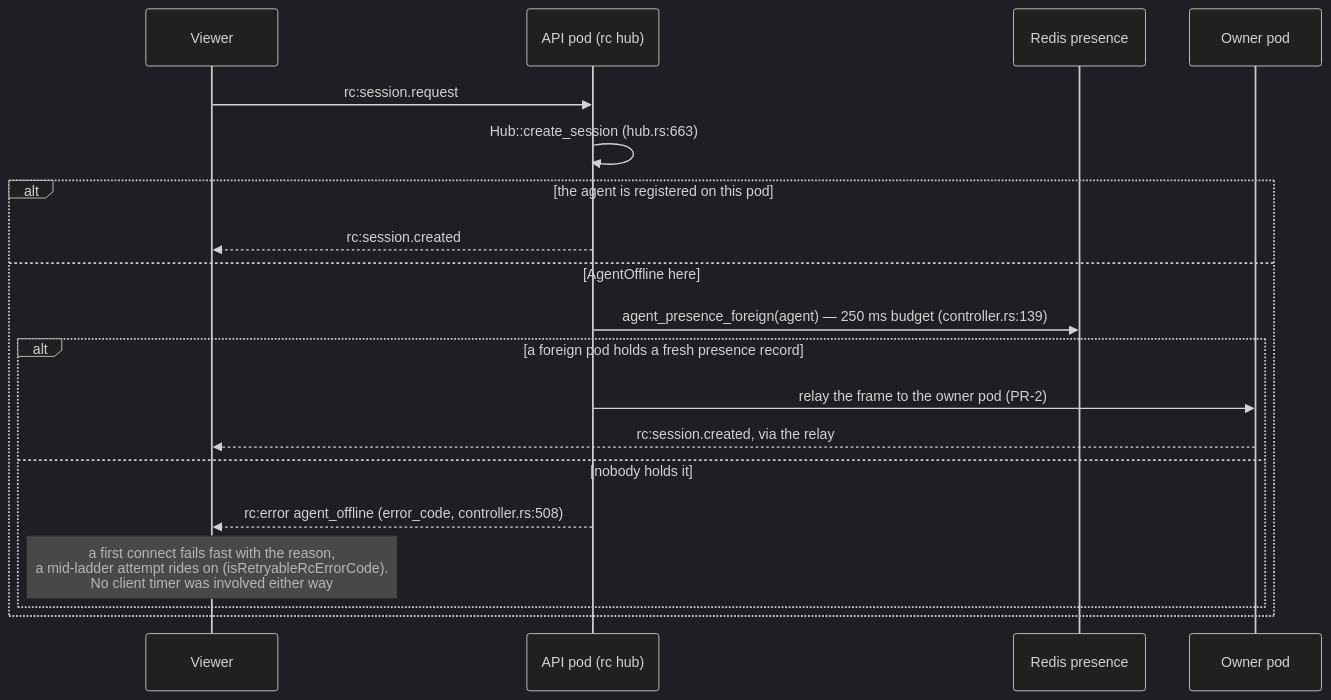
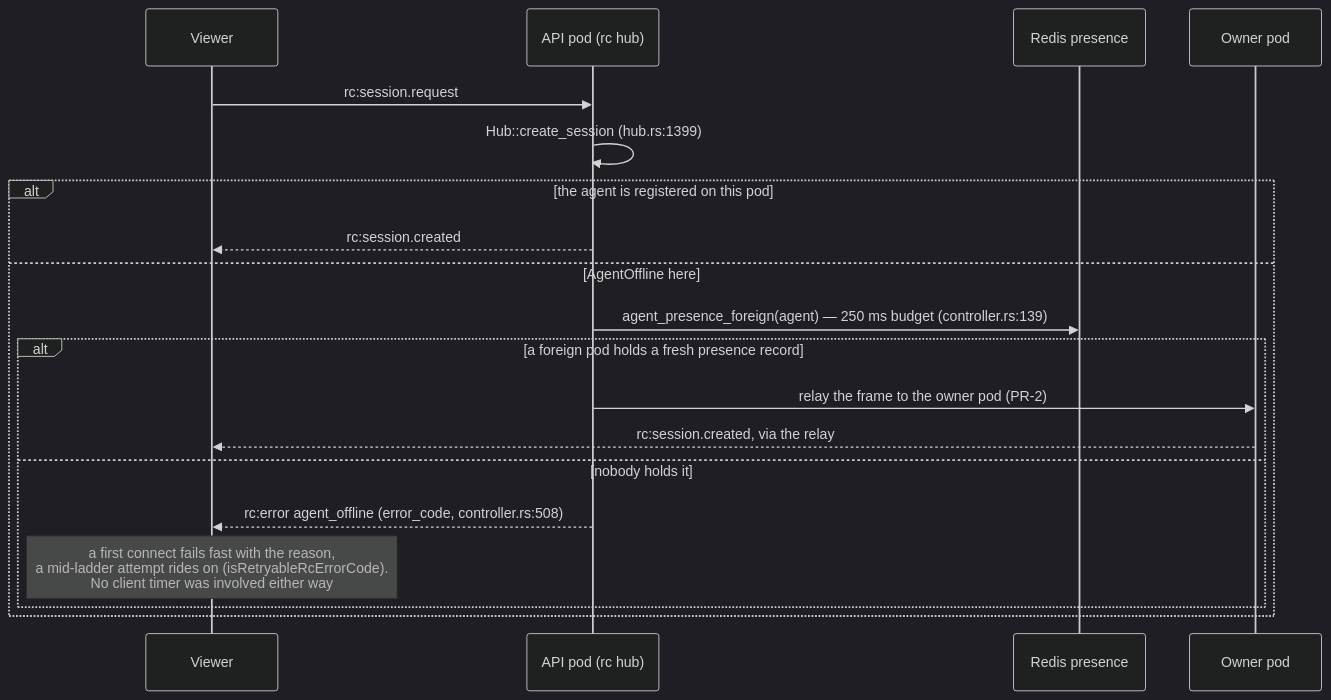
One commit to gjovanov/roomler-ai changed diagram 31 of 43 in docs/remote-control.md. Above: the diagram before and after it, drawn with Mermaid (dark theme). The commit also changed other lines of this file and 34 other files, not shown here.

````diff
--- a/docs/remote-control.md
+++ b/docs/remote-control.md
@@ -3243,21 +3243,21 @@
 ```mermaid
 sequenceDiagram
     participant V as Viewer
     participant P as API pod (rc hub)
     participant R as Redis presence
     participant O as Owner pod
     V->>P: rc:session.request
-    P->>P: Hub::create_session (hub.rs:663)
+    P->>P: Hub::create_session (hub.rs:1399)
     alt the agent is registered on this pod
         P-->>V: rc:session.created
     else AgentOffline here
         P->>R: agent_presence_foreign(agent) — 250 ms budget (controller.rs:139)
         alt a foreign pod holds a fresh presence record
             P->>O: relay the frame to the owner pod (PR-2)
             O-->>V: rc:session.created, via the relay
         else nobody holds it
             P-->>V: rc:error agent_offline (error_code, controller.rs:508)
             Note over V: a first connect fails fast with the reason,<br/>a mid-ladder attempt rides on (isRetryableRcErrorCode).<br/>No client timer was involved either way
         end
     end
 ```
````
